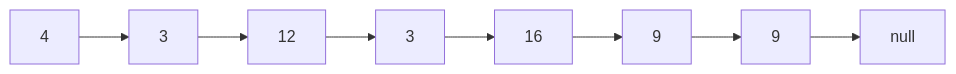
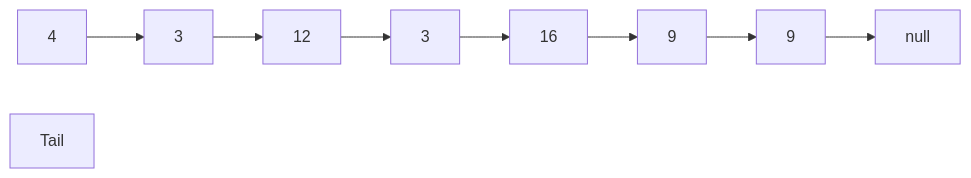
Before and after one commit to Jeffrey-S-Smith/reading-notes-401: the diagram in remove-duplicates-from-a-linked-list.md, drawn with Mermaid.

````diff
--- a/remove-duplicates-from-a-linked-list.md
+++ b/remove-duplicates-from-a-linked-list.md
@@ -15,11 +15,12 @@
 ```mermaid
 graph LR
                 
     A[4] --> B[3]
     B --> C[12]
     C --> D[3]
     D --> E[16]
     E --> F[9]
     F --> G[9] 
+    Tail
     G --> H[null]
 ```
````
